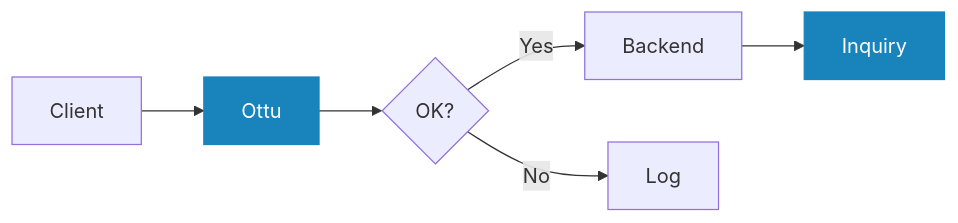
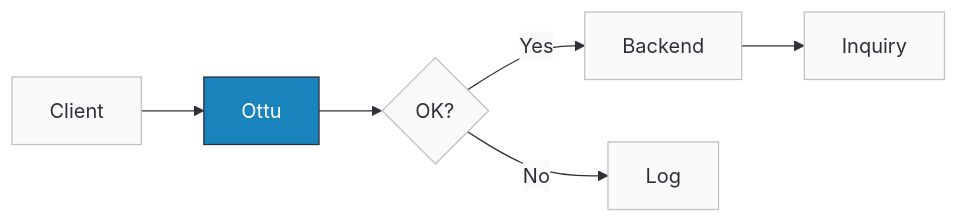
One commit to ottuco/docs changed the first of 2 diagrams in docs/developers/payments/native-payments.md. Above: the diagram before and after it, drawn with Mermaid. The commit also changed other lines of this file and 11 other files, not shown here.

First line of the commit message:
monochrome diagrams, live checkout demo, SDK image sizing, CodeTabs fix

````diff
--- a/docs/developers/payments/native-payments.md
+++ b/docs/developers/payments/native-payments.md
@@ -69,11 +69,12 @@
 ```mermaid
+%%{init: {"theme": "base", "themeVariables": {"background": "#F4F4F4", "primaryColor": "#FAFAFA", "primaryTextColor": "#302F37", "primaryBorderColor": "#BFBFBF", "lineColor": "#302F37", "secondaryColor": "#FAFAFA", "tertiaryColor": "#FAFAFA"}}}%%
 graph LR
     A[Client] --> B[Ottu]
     B --> C{OK?}
     C -- Yes --> D[Backend]
     C -- No --> E[Log]
     D --> F[Inquiry]
 
-    classDef ottu fill:#1983BC,color:#fff,stroke:#1983BC
-    class B,F ottu
+    classDef accent fill:#1983BC,color:#FFFFFF,stroke:#302F37
+    class B accent
 ```
````
